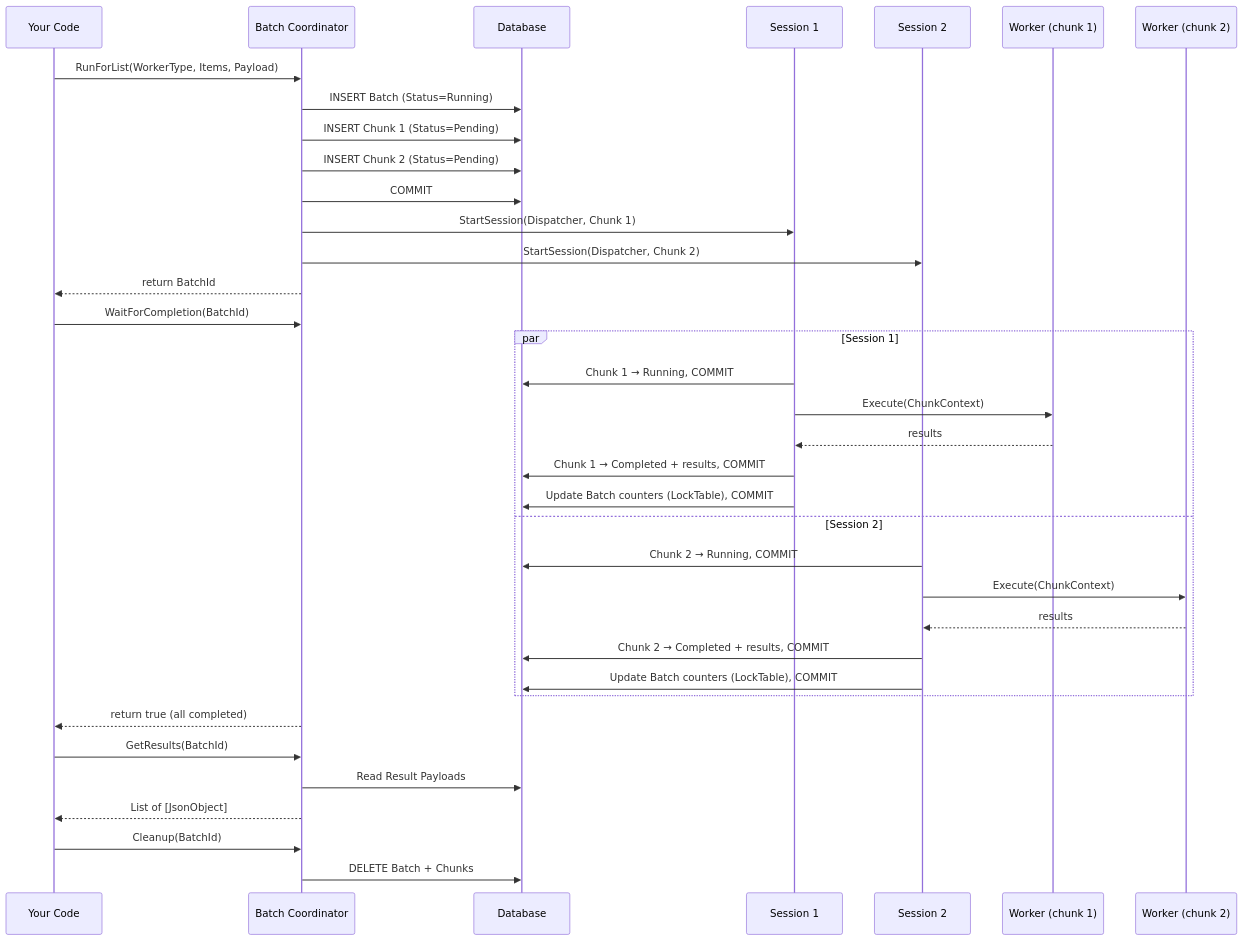
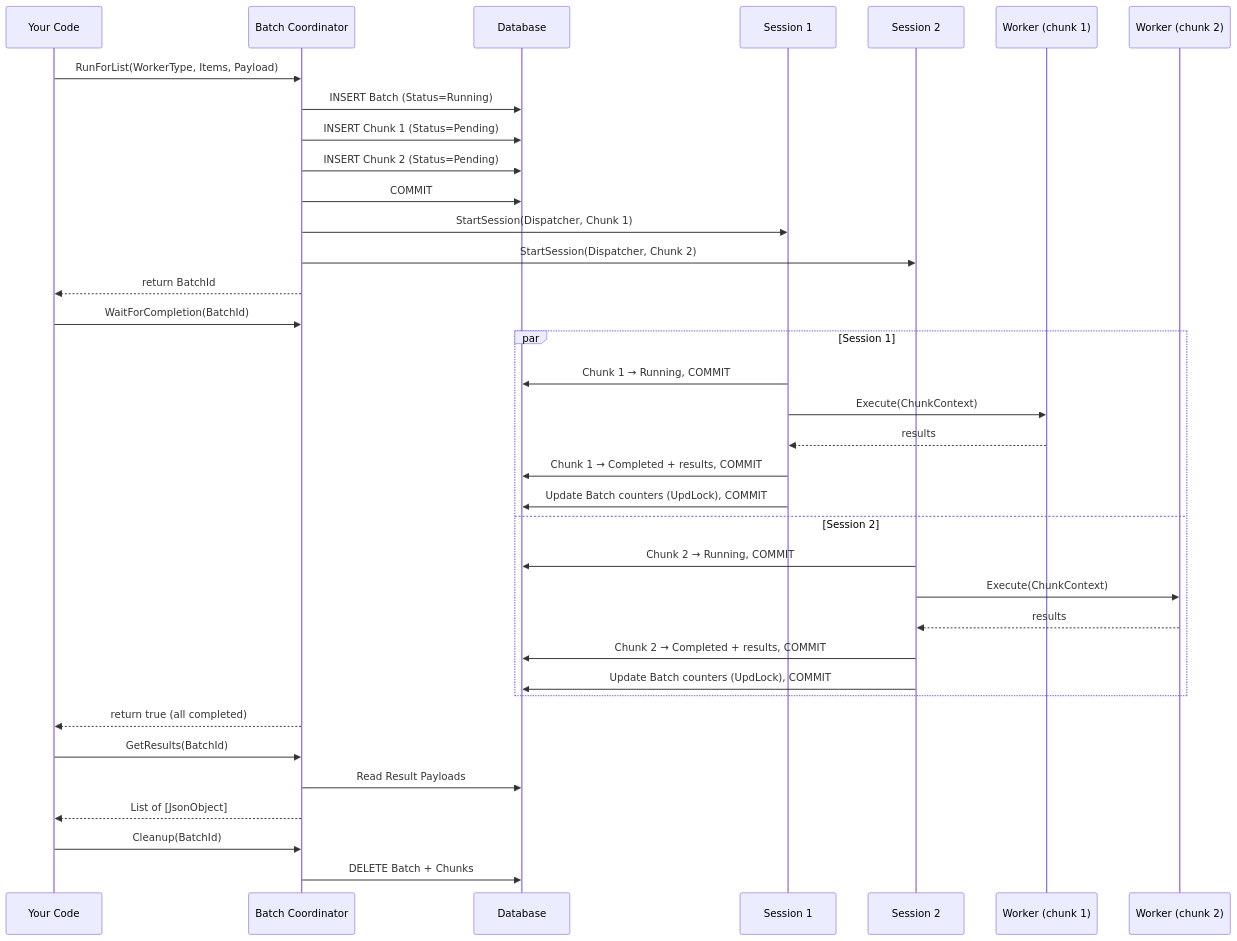
The second of 3 diagrams in README.md (Drakonian/parallel-worker-bc), drawn with Mermaid before and after one commit. The commit also changed other lines of this file, not shown here.

````diff
--- a/README.md
+++ b/README.md
@@ -145,42 +145,42 @@
 ```mermaid
 sequenceDiagram
     participant C as Your Code
     participant BC as Batch Coordinator
     participant DB as Database
     participant S1 as Session 1
     participant S2 as Session 2
     participant W1 as Worker (chunk 1)
     participant W2 as Worker (chunk 2)
 
     C->>BC: RunForList(WorkerType, Items, Payload)
     BC->>DB: INSERT Batch (Status=Running)
     BC->>DB: INSERT Chunk 1 (Status=Pending)
     BC->>DB: INSERT Chunk 2 (Status=Pending)
     BC->>DB: COMMIT
     BC->>S1: StartSession(Dispatcher, Chunk 1)
     BC->>S2: StartSession(Dispatcher, Chunk 2)
     BC-->>C: return BatchId
 
     C->>BC: WaitForCompletion(BatchId)
 
     par Session 1
         S1->>DB: Chunk 1 → Running, COMMIT
         S1->>W1: Execute(ChunkContext)
         W1-->>S1: results
         S1->>DB: Chunk 1 → Completed + results, COMMIT
-        S1->>DB: Update Batch counters (LockTable), COMMIT
+        S1->>DB: Update Batch counters (UpdLock), COMMIT
     and Session 2
         S2->>DB: Chunk 2 → Running, COMMIT
         S2->>W2: Execute(ChunkContext)
         W2-->>S2: results
         S2->>DB: Chunk 2 → Completed + results, COMMIT
-        S2->>DB: Update Batch counters (LockTable), COMMIT
+        S2->>DB: Update Batch counters (UpdLock), COMMIT
     end
 
     BC-->>C: return true (all completed)
     C->>BC: GetResults(BatchId)
     BC->>DB: Read Result Payloads
     BC-->>C: List of [JsonObject]
     C->>BC: Cleanup(BatchId)
     BC->>DB: DELETE Batch + Chunks
 ```
````
